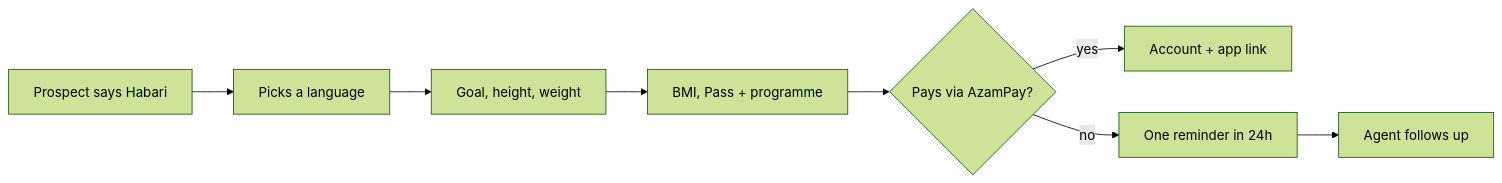
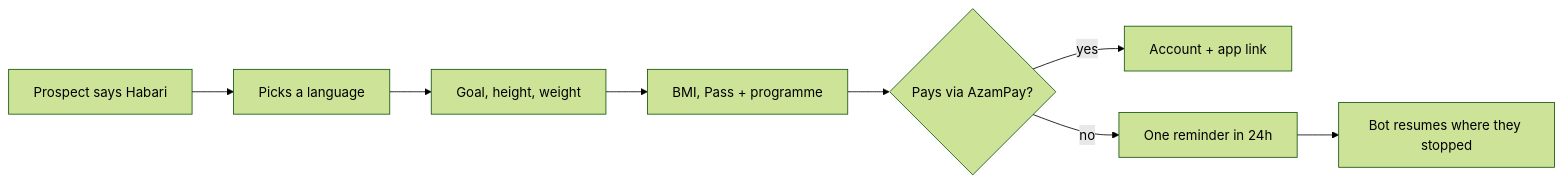
Before and after one commit to fahamutech/fitflex: the diagram in docs/specs/programmes-nutrition-whatsapp.md, drawn with Mermaid (forest theme). The commit also changed other lines of this file, not shown here.

````diff
--- a/docs/specs/programmes-nutrition-whatsapp.md
+++ b/docs/specs/programmes-nutrition-whatsapp.md
@@ -168,10 +190,10 @@
 ```mermaid
 flowchart LR
   A[Prospect says Habari] --> B[Picks a language]
   B --> C[Goal, height, weight]
   C --> D[BMI, Pass + programme]
   D --> E{Pays via AzamPay?}
   E -- yes --> F[Account + app link]
   E -- no --> G[One reminder in 24h]
-  G --> H[Agent follows up]
+  G --> H[Bot resumes where they stopped]
 ```
````
